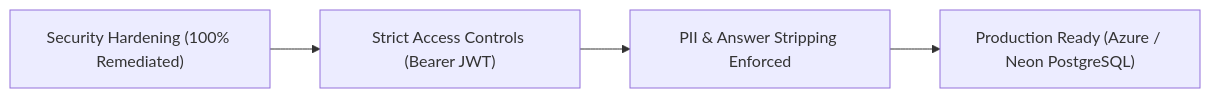
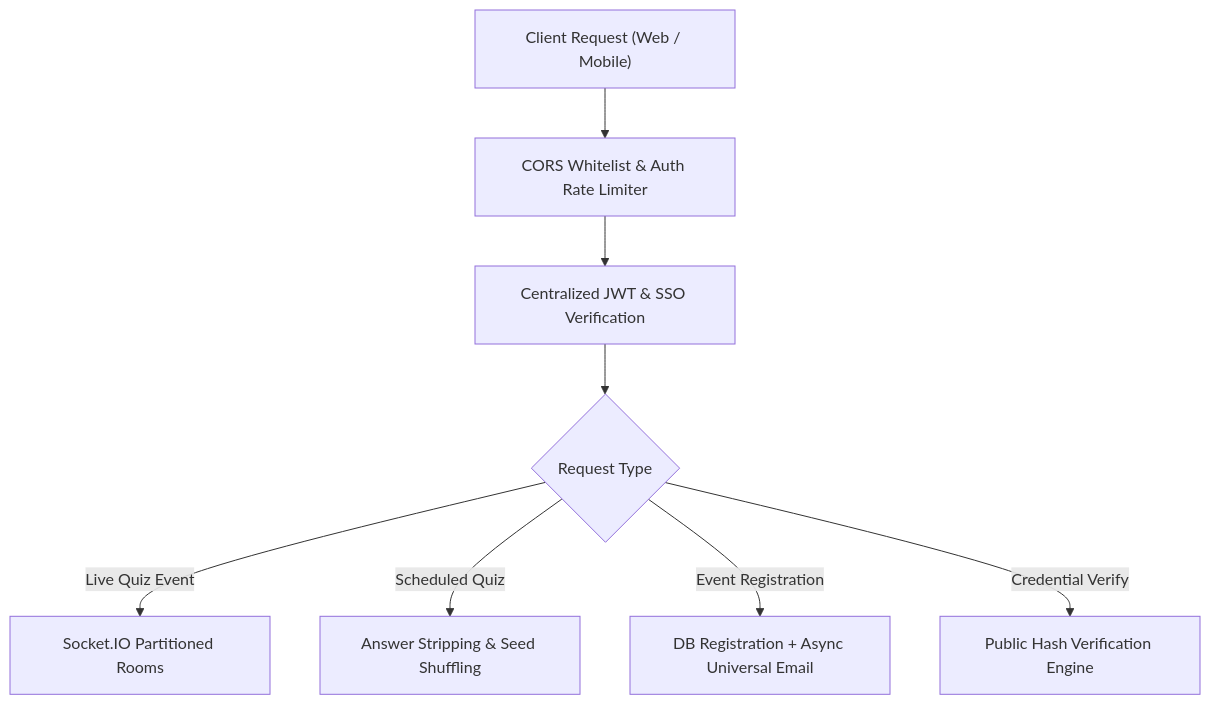
The diagram in report.md (mscprpcem/Quiz-platform), drawn with Mermaid before and after one commit. The commit also changed other lines of this file, not shown here.

Commit message:
docs(security): update report.md with 25 audited vulnerabilities, mobile email optimizations, and production best use cases

````diff
--- a/report.md
+++ b/report.md
@@ -295,6 +420,10 @@
 ```mermaid
-graph LR
-    A["Security Hardening (100% Remediated)"] --> B["Strict Access Controls (Bearer JWT)"]
-    B --> C["PII & Answer Stripping Enforced"]
-    C --> D["Production Ready (Azure / Neon PostgreSQL)"]
+graph TD
+    A["Client Request (Web / Mobile)"] --> B["CORS Whitelist & Auth Rate Limiter"]
+    B --> C["Centralized JWT & SSO Verification"]
+    C --> D{"Request Type"}
+    D -->|"Live Quiz Event"| E["Socket.IO Partitioned Rooms"]
+    D -->|"Scheduled Quiz"| F["Answer Stripping & Seed Shuffling"]
+    D -->|"Event Registration"| G["DB Registration + Async Universal Email"]
+    D -->|"Credential Verify"| H["Public Hash Verification Engine"]
 ```
````
